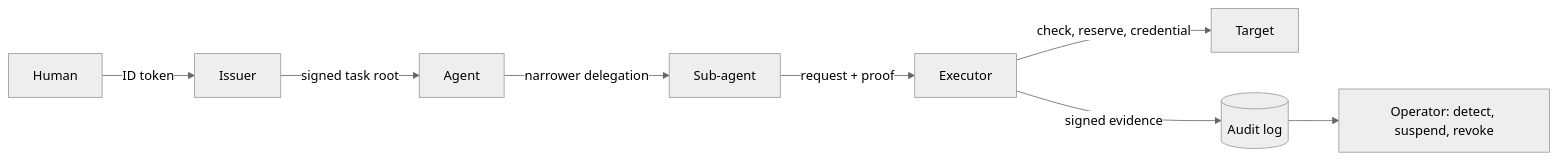
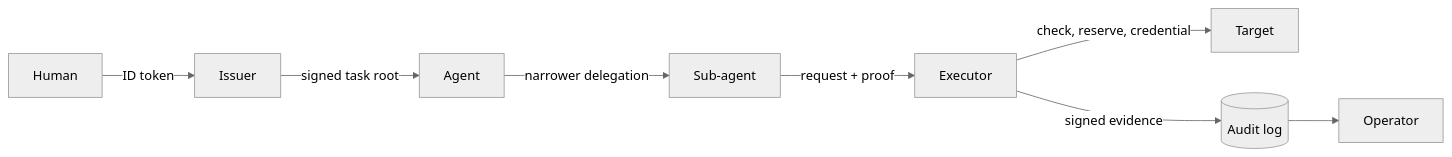
Before and after one commit to agent-rails/agentic-security-reference: the diagram in README.md, drawn with Mermaid (neutral theme). The commit also changed other lines of this file and 7 other files, not shown here.

Commit message:
Clarify architecture, retry behavior, and operational docs (#16)

````diff
--- a/README.md
+++ b/README.md
@@ -55,10 +53,10 @@
 ```mermaid
 flowchart LR
     H[Human] -->|ID token| I[Issuer]
     I -->|signed task root| A[Agent]
     A -->|narrower delegation| S[Sub-agent]
     S -->|request + proof| X[Executor]
     X -->|check, reserve, credential| T[Target]
     X -->|signed evidence| E[(Audit log)]
-    E --> O[Operator: detect, suspend, revoke]
+    E --> O[Operator]
 ```
````
